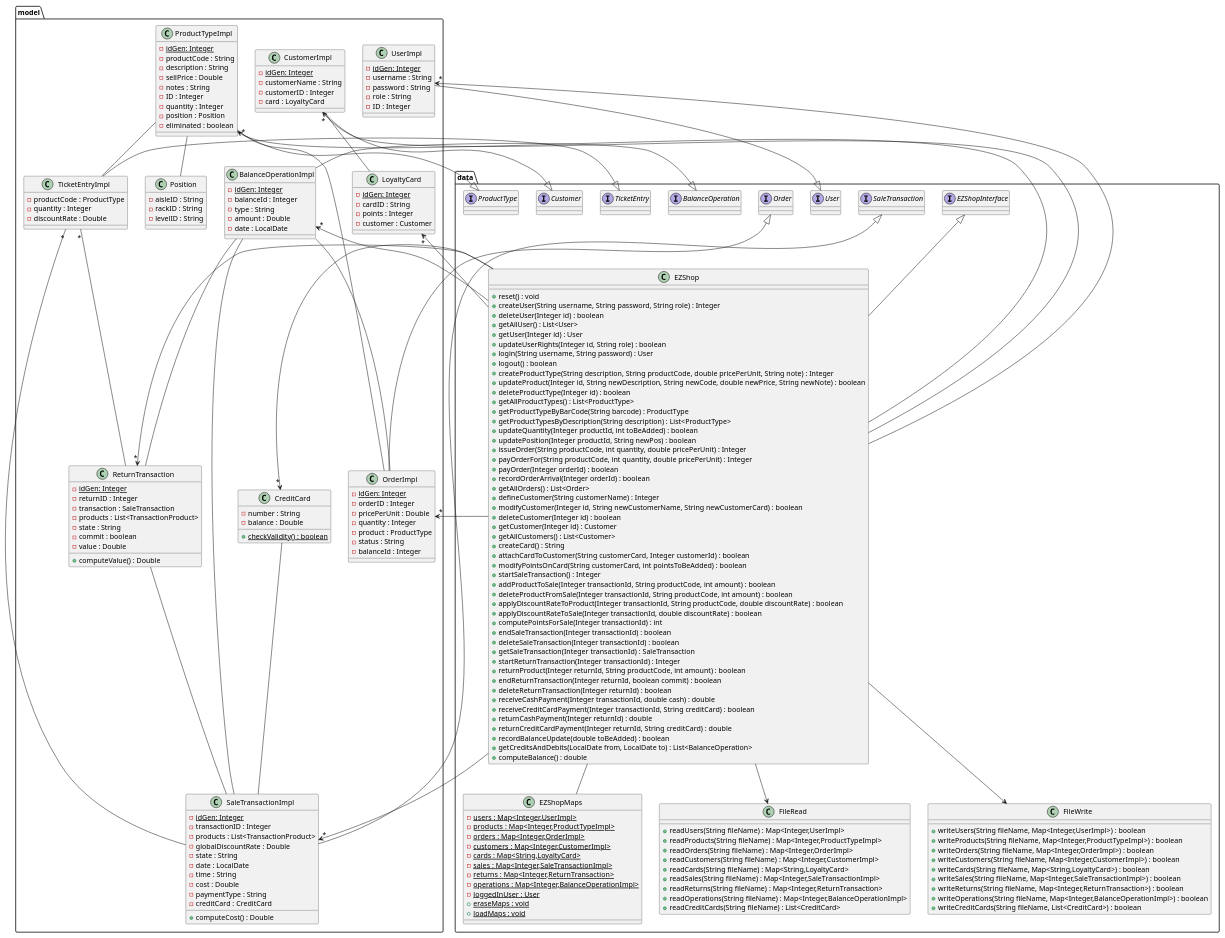
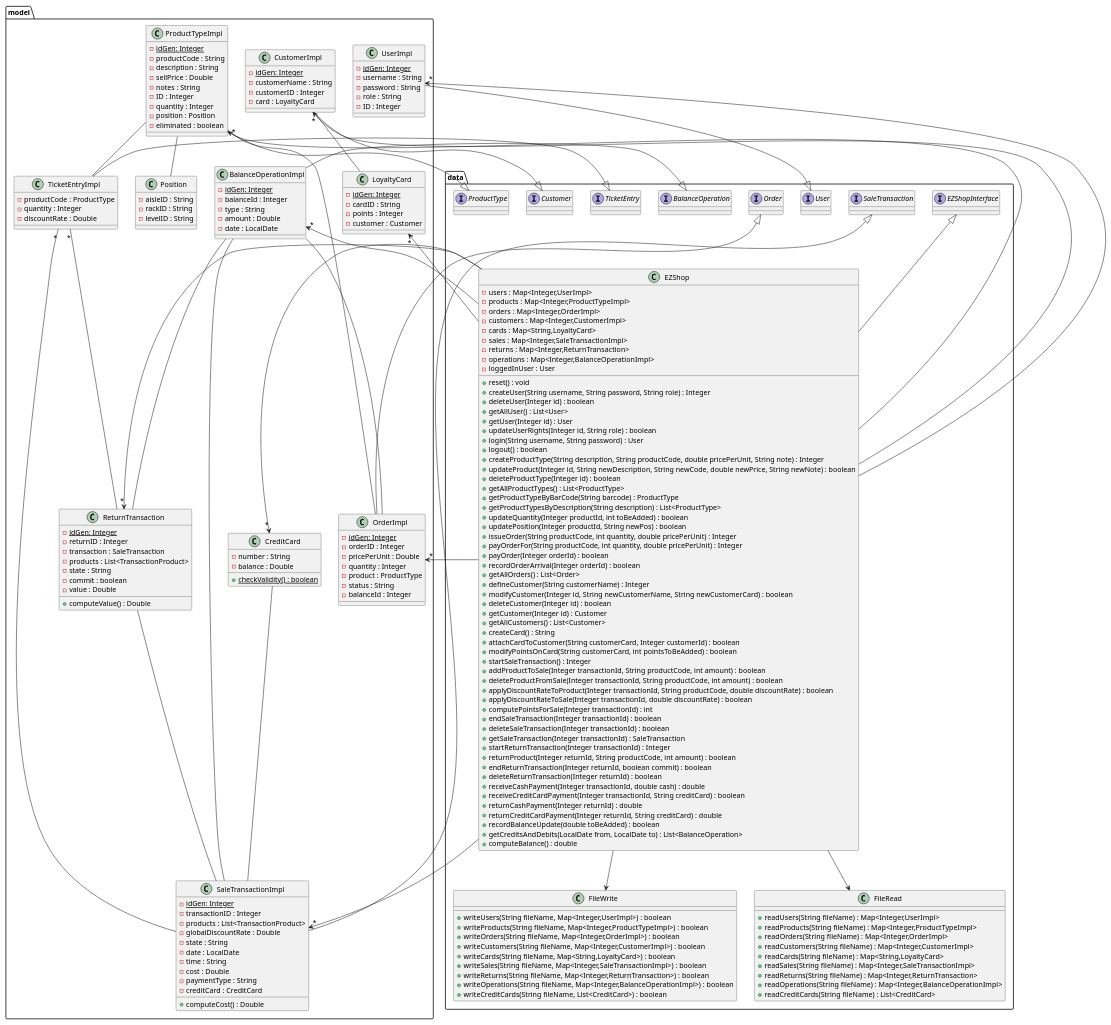
One commit to giuseppesalvi/ezshop changed the second of 28 diagrams in Deliverables/DesignDocument.md. Above: the diagram before and after it, drawn with PlantUML. The commit also changed other lines of this file, not shown here.

Commit message:
Update DesignDocument.md with new standards

````diff
--- a/Deliverables/DesignDocument.md
+++ b/Deliverables/DesignDocument.md
@@ -154,70 +154,64 @@
 package data {
 
     Class EZShop{
-    
-    +reset() : void
-    +createUser(String username, String password, String role) : Integer
-    +deleteUser(Integer id) : boolean
-    +getAllUser() : List<User>
-    +getUser(Integer id) : User
-    +updateUserRights(Integer id, String role) : boolean
-    +login(String username, String password) : User
-    +logout() : boolean
-    +createProductType(String description, String productCode, double pricePerUnit, String note) : Integer
-    +updateProduct(Integer id, String newDescription, String newCode, double newPrice, String newNote) : boolean
-    +deleteProductType(Integer id) : boolean
-    +getAllProductTypes() : List<ProductType>
-    +getProductTypeByBarCode(String barcode) : ProductType
-    +getProductTypesByDescription(String description) : List<ProductType> 
-    +updateQuantity(Integer productId, int toBeAdded) : boolean
-    +updatePosition(Integer productId, String newPos) : boolean
-    +issueOrder(String productCode, int quantity, double pricePerUnit) : Integer
-    +payOrderFor(String productCode, int quantity, double pricePerUnit) : Integer
-    +payOrder(Integer orderId) : boolean
-    +recordOrderArrival(Integer orderId) : boolean
-    +getAllOrders() : List<Order>
-    +defineCustomer(String customerName) : Integer
-    +modifyCustomer(Integer id, String newCustomerName, String newCustomerCard) : boolean
-    +deleteCustomer(Integer id) : boolean
-    +getCustomer(Integer id) : Customer
-    +getAllCustomers() : List<Customer>
-    +createCard() : String
-    +attachCardToCustomer(String customerCard, Integer customerId) : boolean
-    +modifyPointsOnCard(String customerCard, int pointsToBeAdded) : boolean
-    +startSaleTransaction() : Integer
-    +addProductToSale(Integer transactionId, String productCode, int amount) : boolean
-    +deleteProductFromSale(Integer transactionId, String productCode, int amount) : boolean
-    +applyDiscountRateToProduct(Integer transactionId, String productCode, double discountRate) : boolean
-    +applyDiscountRateToSale(Integer transactionId, double discountRate) : boolean
-    +computePointsForSale(Integer transactionId) : int
-    +endSaleTransaction(Integer transactionId) : boolean
-    +deleteSaleTransaction(Integer transactionId) : boolean
-    +getSaleTransaction(Integer transactionId) : SaleTransaction
-    +startReturnTransaction(Integer transactionId) : Integer
-    +returnProduct(Integer returnId, String productCode, int amount) : boolean
-    +endReturnTransaction(Integer returnId, boolean commit) : boolean
-    +deleteReturnTransaction(Integer returnId) : boolean
-    +receiveCashPayment(Integer transactionId, double cash) : double
-    +receiveCreditCardPayment(Integer transactionId, String creditCard) : boolean
-    +returnCashPayment(Integer returnId) : double
-    +returnCreditCardPayment(Integer returnId, String creditCard) : double
-    +recordBalanceUpdate(double toBeAdded) : boolean
-    +getCreditsAndDebits(LocalDate from, LocalDate to) : List<BalanceOperation>
-    +computeBalance() : double
-    }
-
-    Class EZShopMaps {
-        - {static} users : Map<Integer,UserImpl>
-        - {static} products : Map<Integer,ProductTypeImpl>
-        - {static} orders : Map<Integer,OrderImpl>
-        - {static} customers : Map<Integer,CustomerImpl>
-        - {static} cards : Map<String,LoyaltyCard>
-        - {static} sales : Map<Integer,SaleTransactionImpl>
-        - {static} returns : Map<Integer,ReturnTransaction>
-        - {static} operations : Map<Integer,BalanceOperationImpl>
-        - {static} loggedInUser : User
-        + {static} eraseMaps : void
-        + {static} loadMaps : void
+        -users : Map<Integer,UserImpl>
+        -products : Map<Integer,ProductTypeImpl>
+        -orders : Map<Integer,OrderImpl>
+        -customers : Map<Integer,CustomerImpl>
+        -cards : Map<String,LoyaltyCard>
+        -sales : Map<Integer,SaleTransactionImpl>
+        -returns : Map<Integer,ReturnTransaction>
+        -operations : Map<Integer,BalanceOperationImpl>
+        -loggedInUser : User
+        +reset() : void
+        +createUser(String username, String password, String role) : Integer
+        +deleteUser(Integer id) : boolean
+        +getAllUser() : List<User>
+        +getUser(Integer id) : User
+        +updateUserRights(Integer id, String role) : boolean
+        +login(String username, String password) : User
+        +logout() : boolean
+        +createProductType(String description, String productCode, double pricePerUnit, String note) : Integer
+        +updateProduct(Integer id, String newDescription, String newCode, double newPrice, String newNote) : boolean
+        +deleteProductType(Integer id) : boolean
+        +getAllProductTypes() : List<ProductType>
+        +getProductTypeByBarCode(String barcode) : ProductType
+        +getProductTypesByDescription(String description) : List<ProductType> 
+        +updateQuantity(Integer productId, int toBeAdded) : boolean
+        +updatePosition(Integer productId, String newPos) : boolean
+        +issueOrder(String productCode, int quantity, double pricePerUnit) : Integer
+        +payOrderFor(String productCode, int quantity, double pricePerUnit) : Integer
+        +payOrder(Integer orderId) : boolean
+        +recordOrderArrival(Integer orderId) : boolean
+        +getAllOrders() : List<Order>
+        +defineCustomer(String customerName) : Integer
+        +modifyCustomer(Integer id, String newCustomerName, String newCustomerCard) : boolean
+        +deleteCustomer(Integer id) : boolean
+        +getCustomer(Integer id) : Customer
+        +getAllCustomers() : List<Customer>
+        +createCard() : String
+        +attachCardToCustomer(String customerCard, Integer customerId) : boolean
+        +modifyPointsOnCard(String customerCard, int pointsToBeAdded) : boolean
+        +startSaleTransaction() : Integer
+        +addProductToSale(Integer transactionId, String productCode, int amount) : boolean
+        +deleteProductFromSale(Integer transactionId, String productCode, int amount) : boolean
+        +applyDiscountRateToProduct(Integer transactionId, String productCode, double discountRate) : boolean
+        +applyDiscountRateToSale(Integer transactionId, double discountRate) : boolean
+        +computePointsForSale(Integer transactionId) : int
+        +endSaleTransaction(Integer transactionId) : boolean
+        +deleteSaleTransaction(Integer transactionId) : boolean
+        +getSaleTransaction(Integer transactionId) : SaleTransaction
+        +startReturnTransaction(Integer transactionId) : Integer
+        +returnProduct(Integer returnId, String productCode, int amount) : boolean
+        +endReturnTransaction(Integer returnId, boolean commit) : boolean
+        +deleteReturnTransaction(Integer returnId) : boolean
+        +receiveCashPayment(Integer transactionId, double cash) : double
+        +receiveCreditCardPayment(Integer transactionId, String creditCard) : boolean
+        +returnCashPayment(Integer returnId) : double
+        +returnCreditCardPayment(Integer returnId, String creditCard) : double
+        +recordBalanceUpdate(double toBeAdded) : boolean
+        +getCreditsAndDebits(LocalDate from, LocalDate to) : List<BalanceOperation>
+        +computeBalance() : double
     }
 
     Class FileRead{
@@ -287,7 +281,6 @@
 EZShop -up-> "*" CreditCard
 EZShop -up-> "*" SaleTransactionImpl
 EZShop -up-> "*" ReturnTransaction
-EZShop -- EZShopMaps
 
 @enduml
 ```
````
